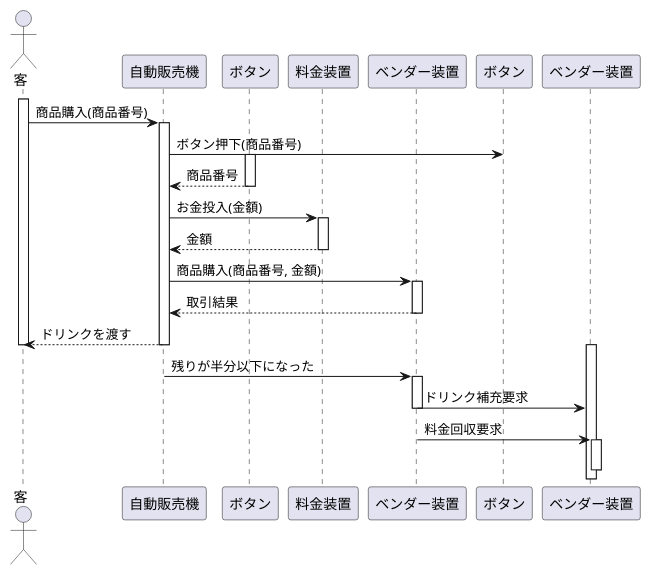
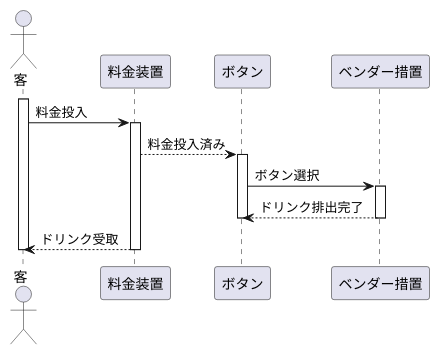
One commit to hinokanata/uml-introduction changed the diagram in 演習6-4-3_シーケンス図_自動販売機.pu. Above: the diagram before and after it, drawn with PlantUML. The commit also changed 1 other file, not shown here.

```diff
--- a/演習6-4-3_シーケンス図_自動販売機.pu
+++ b/演習6-4-3_シーケンス図_自動販売機.pu
@@ -1,39 +1,22 @@
 @startuml 演習6-4-3
 
-actor クライアント as "客"
-participant 自動販売機 as VendingMachine
-participant ボタン as Button
-participant 料金装置 as PaymentDevice
-participant ベンダー装置 as VendorDevice
+actor 客
+participant "料金装置" as 装置
+participant ボタン
+participant "ベンダー措置" as ベンダー
 
-activate クライアント
-
-クライアント -> VendingMachine: 商品購入(商品番号)
-activate VendingMachine
-VendingMachine -> ボタン: ボタン押下(商品番号)
-activate Button
-Button --> VendingMachine: 商品番号
-deactivate Button
-VendingMachine -> PaymentDevice: お金投入(金額)
-activate PaymentDevice
-PaymentDevice --> VendingMachine: 金額
-deactivate PaymentDevice
-VendingMachine -> VendorDevice: 商品購入(商品番号, 金額)
-activate VendorDevice
-VendorDevice --> VendingMachine: 取引結果
-deactivate VendorDevice
-VendingMachine --> クライアント: ドリンクを渡す
-deactivate VendingMachine
-deactivate クライアント
-
-activate ベンダー装置
-
-VendingMachine -> VendorDevice: 残りが半分以下になった
-activate VendorDevice
-VendorDevice -> ベンダー装置: ドリンク補充要求
-deactivate VendorDevice
-VendorDevice -> ベンダー装置: 料金回収要求
-activate ベンダー装置
-deactivate ベンダー装置
+activate 客
+客 -> 装置: 料金投入
+activate 装置
+装置 --> ボタン: 料金投入済み
+activate ボタン
+ボタン -> ベンダー: ボタン選択
+activate ベンダー
+ベンダー --> ボタン: ドリンク排出完了
+deactivate ベンダー
+deactivate ボタン
+装置 --> 客: ドリンク受取
+deactivate 装置
+deactivate 客
 
 @enduml
```
